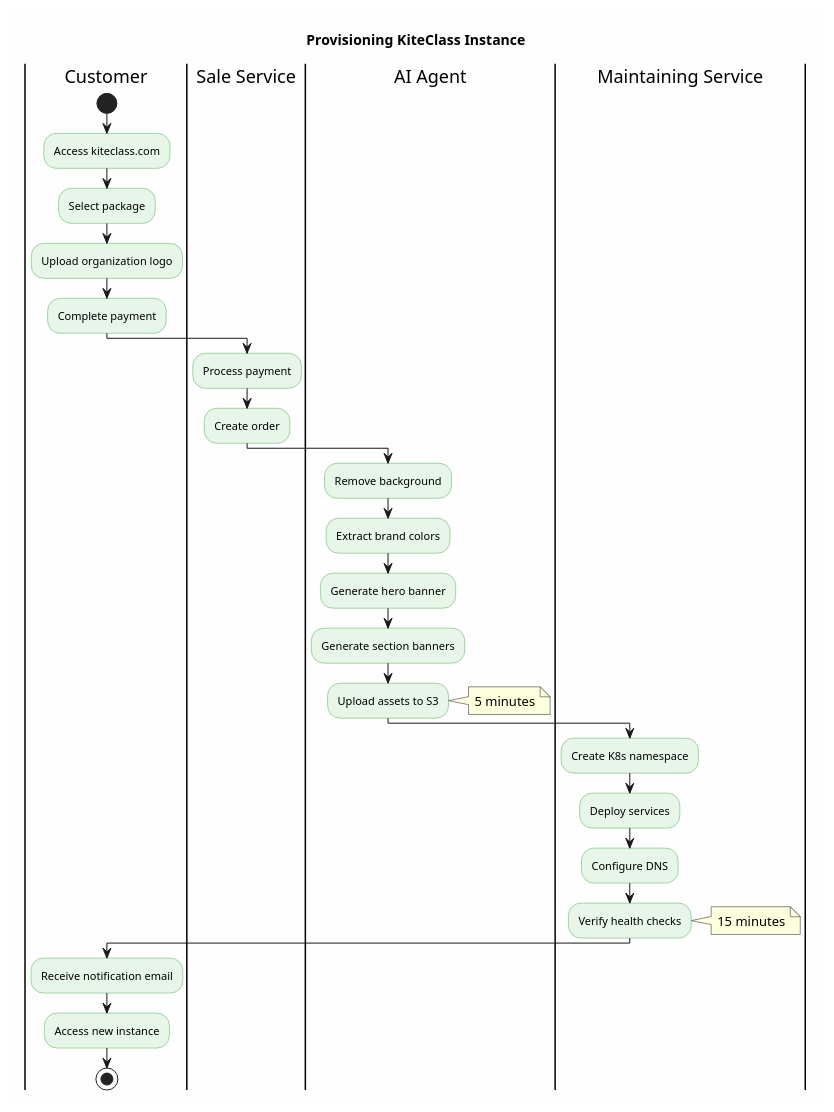
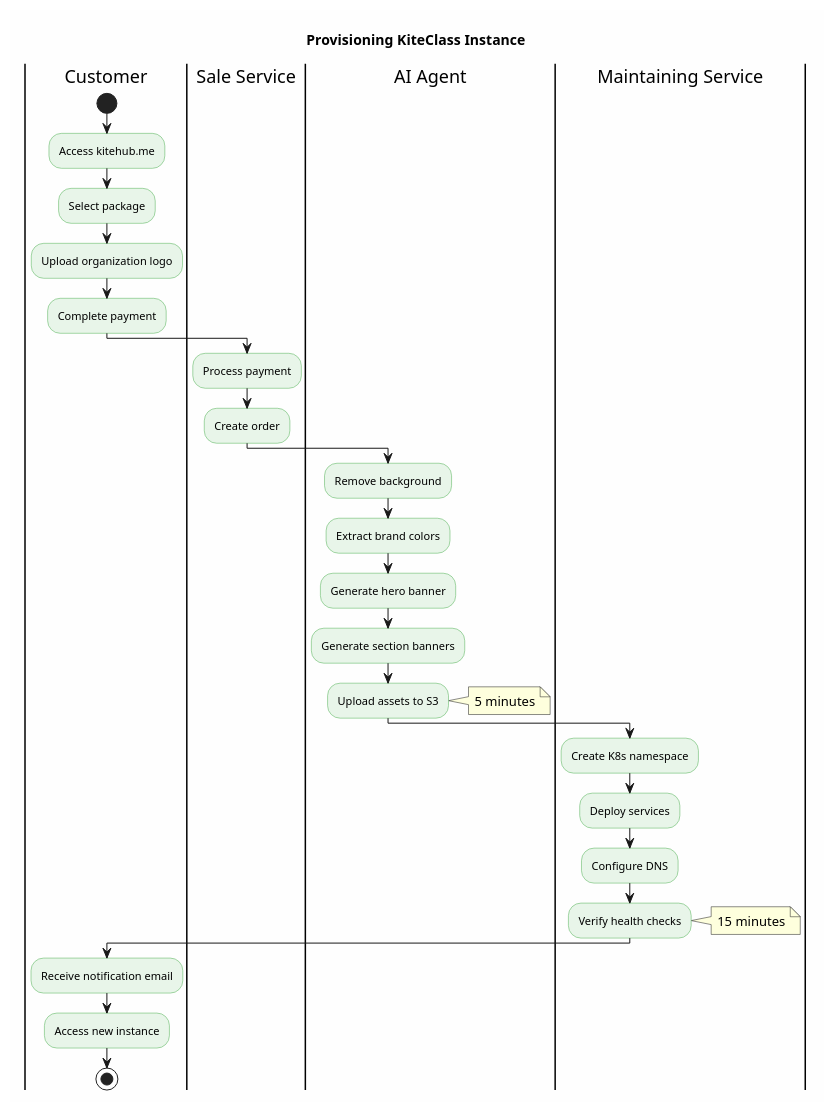
One commit to VictorAurelius/2026-Kite-Class-Platform changed the third of 14 diagrams in .claude/skills/reference/plantuml-diagrams.md. Above: the diagram before and after it, drawn with PlantUML. The commit also changed 278 other files, not shown here.

First line of the commit message:
fix(domain): sweep stale kiteclass.vn/.com → canonical kitehub.me ({slug}.kitehub.me tenant) + CI detector (GAP-1241) (#2374)

````diff
--- a/.claude/skills/reference/plantuml-diagrams.md
+++ b/.claude/skills/reference/plantuml-diagrams.md
@@ -183,44 +183,44 @@
 ```plantuml
 @startuml
 skinparam backgroundColor #FEFEFE
 skinparam activity {
   BackgroundColor #E8F5E9
   BorderColor #4CAF50
   FontSize 11
 }
 
 title Provisioning KiteClass Instance
 
 |Customer|
 start
-:Access kiteclass.com;
+:Access kitehub.me;
 :Select package;
 :Upload organization logo;
 :Complete payment;
 
 |Sale Service|
 :Process payment;
 :Create order;
 
 |AI Agent|
 :Remove background;
 :Extract brand colors;
 :Generate hero banner;
 :Generate section banners;
 :Upload assets to S3;
 note right: 5 minutes
 
 |Maintaining Service|
 :Create K8s namespace;
 :Deploy services;
 :Configure DNS;
 :Verify health checks;
 note right: 15 minutes
 
 |Customer|
 :Receive notification email;
 :Access new instance;
 stop
 
 @enduml
 ```
````
